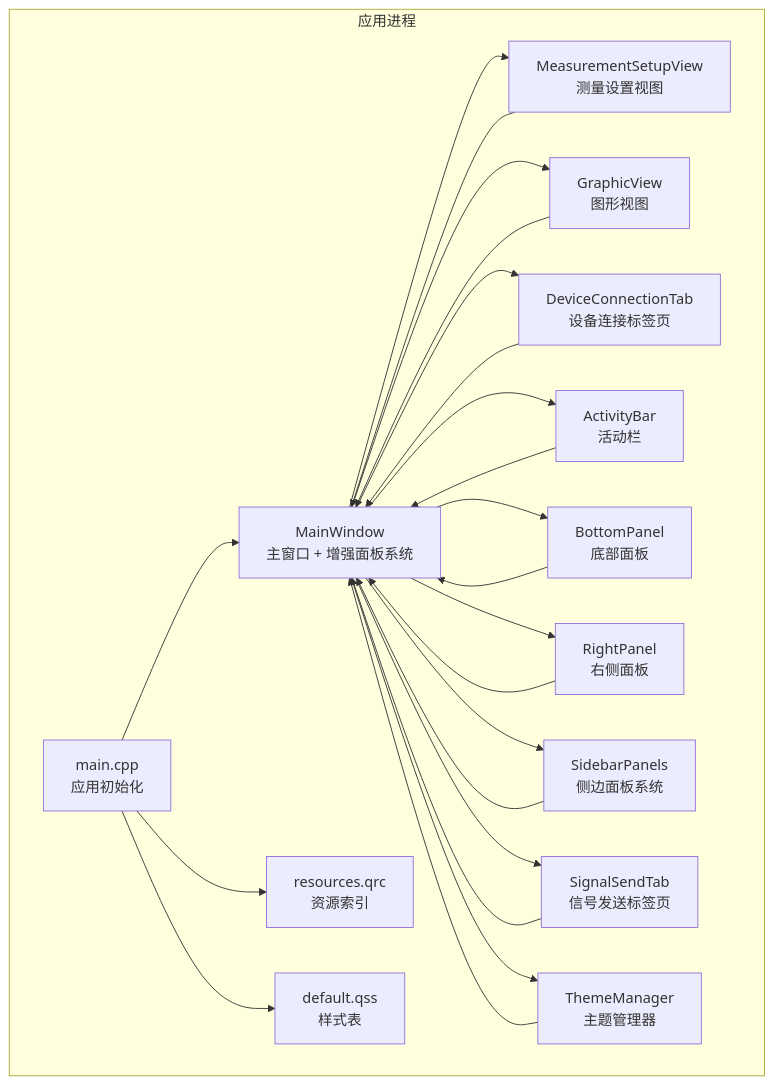
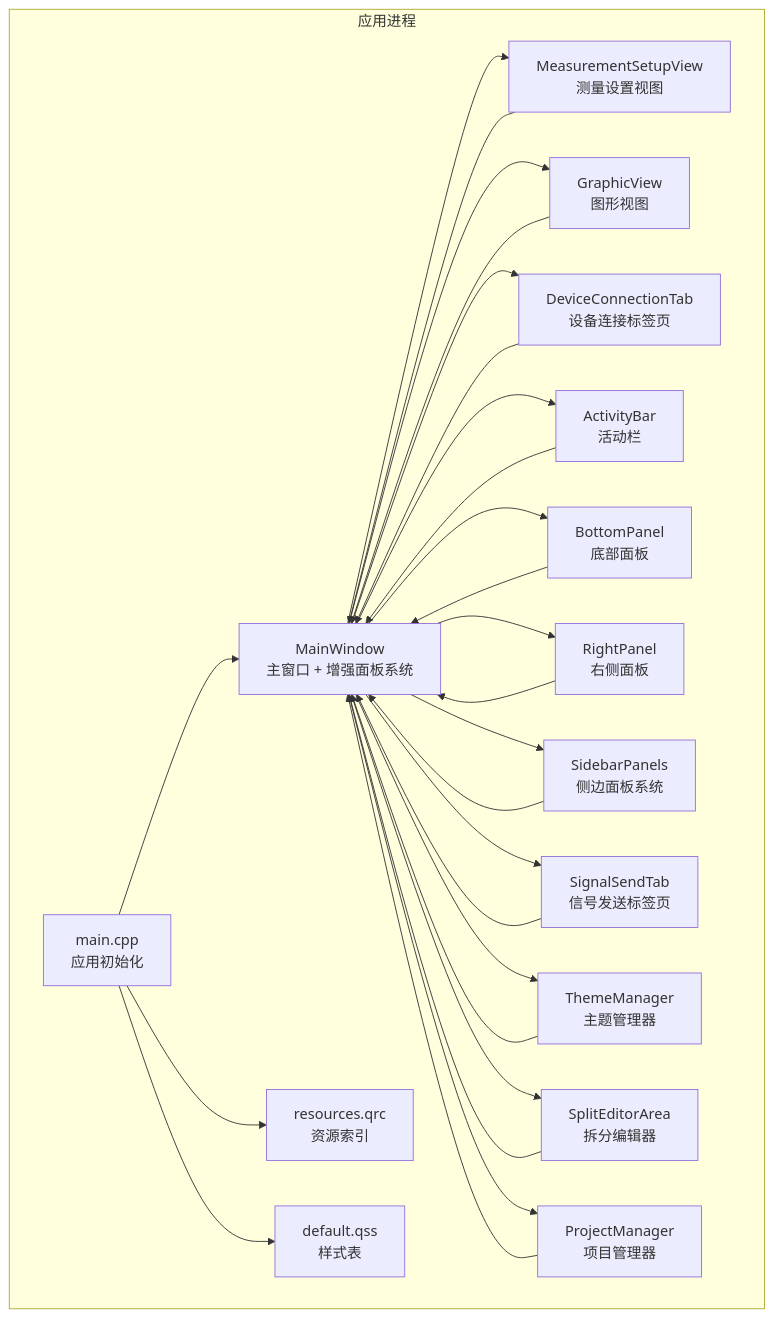
Before and after one commit to jakecai1225-design/OpenBus: the second of 4 diagrams in .qoder/repowiki/zh/content/架构设计/主窗口组件架构.md, drawn with Mermaid. The commit also changed other lines of this file and 9 other files, not shown here.

````diff
--- a/.qoder/repowiki/zh/content/架构设计/主窗口组件架构.md
+++ b/.qoder/repowiki/zh/content/架构设计/主窗口组件架构.md
@@ -145,39 +157,45 @@
 ```mermaid
 graph TB
 subgraph "应用进程"
 M["main.cpp<br/>应用初始化"]
 MW["MainWindow<br/>主窗口 + 增强面板系统"]
 MSV["MeasurementSetupView<br/>测量设置视图"]
 GV["GraphicView<br/>图形视图"]
 DCT["DeviceConnectionTab<br/>设备连接标签页"]
 AB["ActivityBar<br/>活动栏"]
 BP["BottomPanel<br/>底部面板"]
 RP["RightPanel<br/>右侧面板"]
 SP["SidebarPanels<br/>侧边面板系统"]
 ST["SignalSendTab<br/>信号发送标签页"]
 TM["ThemeManager<br/>主题管理器"]
+SEA["SplitEditorArea<br/>拆分编辑器"]
+PM["ProjectManager<br/>项目管理器"]
 R["resources.qrc<br/>资源索引"]
 QSS["default.qss<br/>样式表"]
 end
 M --> MW
 M --> R
 M --> QSS
 MW --> MSV
 MW --> GV
 MW --> DCT
 MW --> AB
 MW --> BP
 MW --> RP
 MW --> SP
 MW --> ST
 MW --> TM
+MW --> SEA
+MW --> PM
 MSV --> MW
 GV --> MW
 DCT --> MW
 AB --> MW
 BP --> MW
 RP --> MW
 SP --> MW
 ST --> MW
 TM --> MW
+SEA --> MW
+PM --> MW
 ```
````
